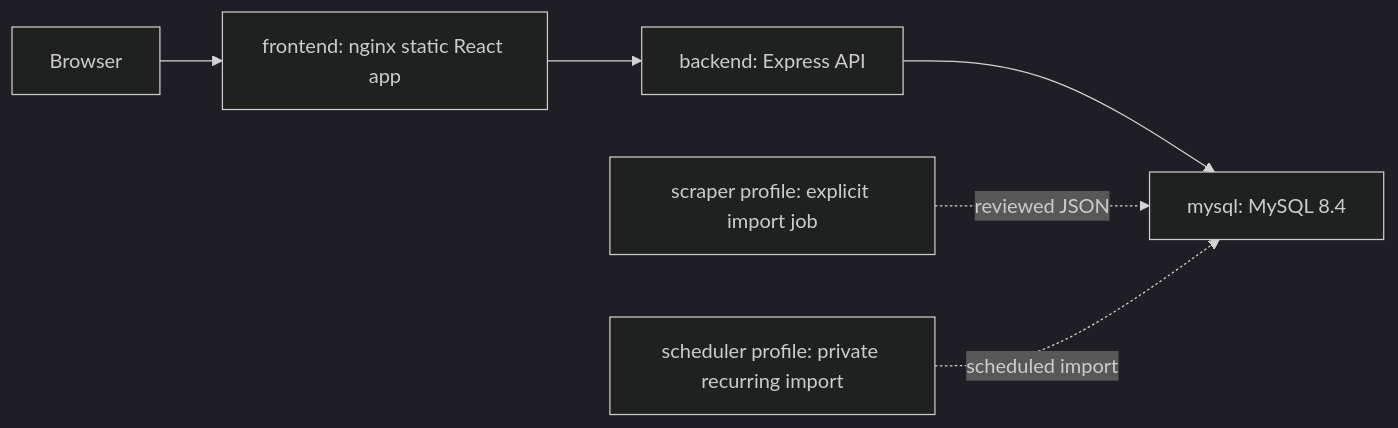
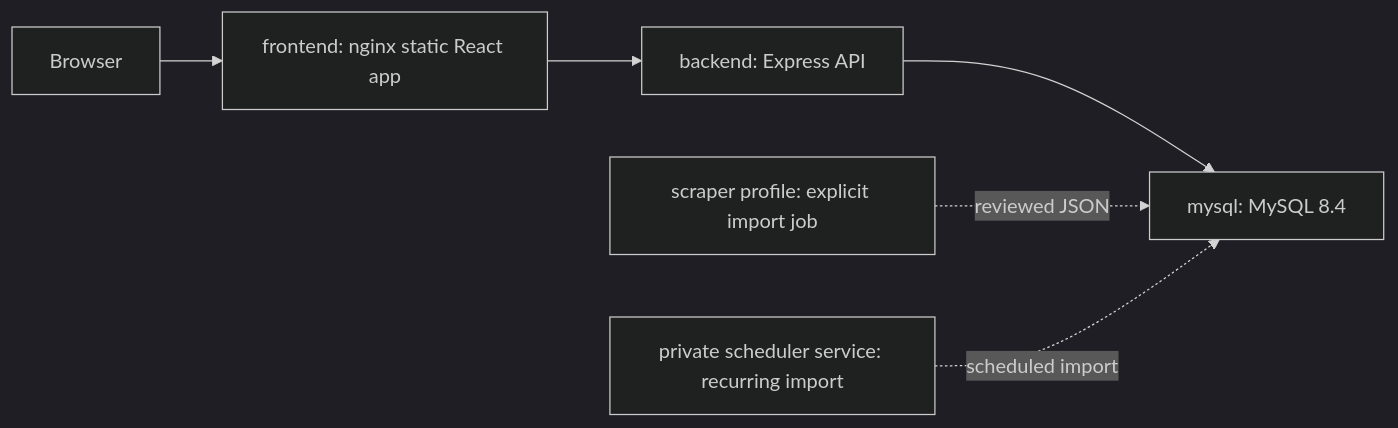
One commit to ChaddBrenner/ElonMealsDB changed the first of 2 diagrams in docs/architecture.md. Above: the diagram before and after it, drawn with Mermaid (dark theme). The commit also changed other lines of this file and 12 other files, not shown here.

````diff
--- a/docs/architecture.md
+++ b/docs/architecture.md
@@ -5,8 +5,8 @@
 ```mermaid
 flowchart LR
   Browser["Browser"] --> Frontend["frontend: nginx static React app"]
   Frontend --> Backend["backend: Express API"]
   Backend --> MySQL["mysql: MySQL 8.4"]
   Scraper["scraper profile: explicit import job"] -. reviewed JSON .-> MySQL
-  Scheduler["scheduler profile: private recurring import"] -. scheduled import .-> MySQL
+  Scheduler["private scheduler service: recurring import"] -. scheduled import .-> MySQL
 ```
````
